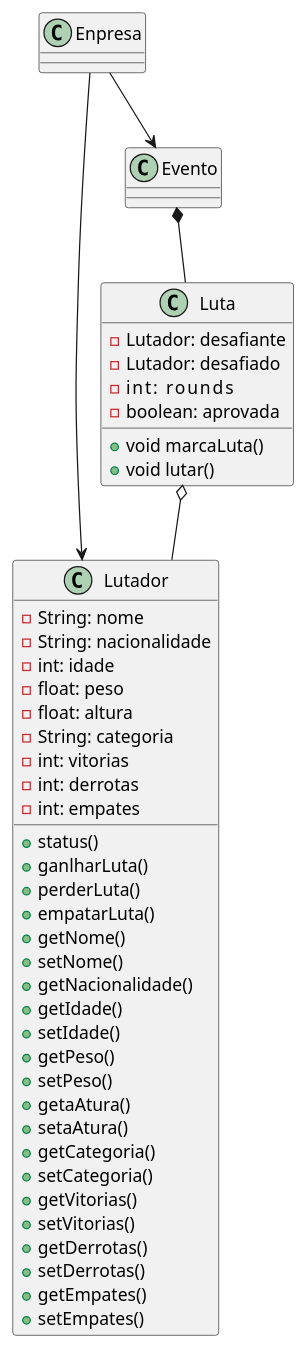
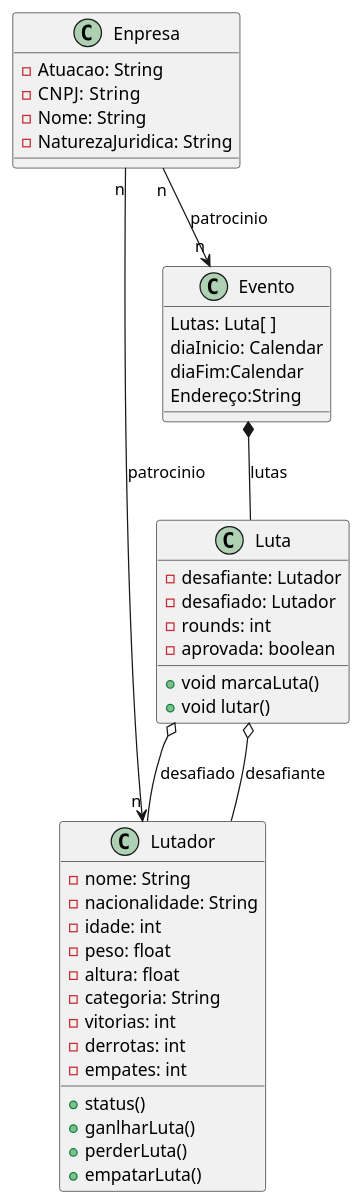
Before and after one commit to guisiq/ultraemojicombat: the diagram in exercicio.wsd, drawn with PlantUML. The commit also changed 1 other file, not shown here.

Commit message:
incluindo as clases restantes no diagrama

```diff
--- a/exercicio.wsd
+++ b/exercicio.wsd
@@ -1,51 +1,44 @@
 @startuml teste 
 class Lutador{
-    - String: nome
-    - String: nacionalidade
-    - int: idade
-    - float: peso
-    - float: altura
-    - String: categoria
-    - int: vitorias
-    - int: derrotas
-    - int: empates
+    - nome: String
+    - nacionalidade: String
+    - idade: int   
+    - peso: float 
+    - altura: float 
+    - categoria: String
+    - vitorias: int   
+    - derrotas: int   
+    - empates: int   
 
     + status()
     + ganlharLuta()
     + perderLuta()
-    + empatarLuta()
-
-
-    + getNome()
-    + setNome()
-    + getNacionalidade()
-    + getIdade()
-    + setIdade()
-    + getPeso()
-    + setPeso()
-    + getaAtura()
-    + setaAtura()
-    + getCategoria()
-    + setCategoria()
-    + getVitorias()
-    + setVitorias()
-    + getDerrotas()
-    + setDerrotas()
-    + getEmpates()
-    + setEmpates()
-    
+    + empatarLuta()    
 }
 class Luta{
-    - Lutador: desafiante
-    - Lutador: desafiado
-    - int:     rounds
-    - boolean: aprovada
+    - desafiante: Lutador
+    - desafiado: Lutador
+    - rounds: int
+    - aprovada: boolean
 
     + void marcaLuta()
     + void lutar()
 }
-Evento *-- Luta
-Luta o-- Lutador
-Enpresa --> Lutador
-Enpresa --> Evento
+class Enpresa{
+    - Atuacao: String
+    - CNPJ:  String
+    - Nome: String
+    - NaturezaJuridica: String
+}
+class Evento{
+    Lutas: Luta[ ]
+    diaInicio: Calendar
+    diaFim:Calendar
+    Endereço:String
+}
+Evento *-- Luta: lutas
+Luta o-- Lutador: desafiado
+Luta o-- Lutador: desafiante
+Enpresa "n" --> "n" Lutador :patrocinio
+Enpresa "n" --> "n" Evento  :patrocinio
 @enduml
```
